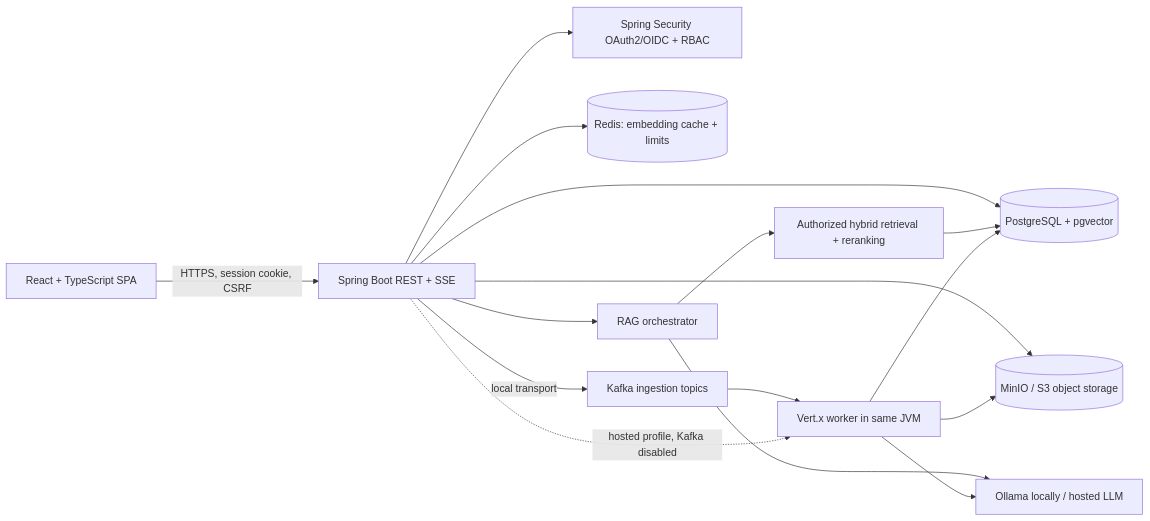
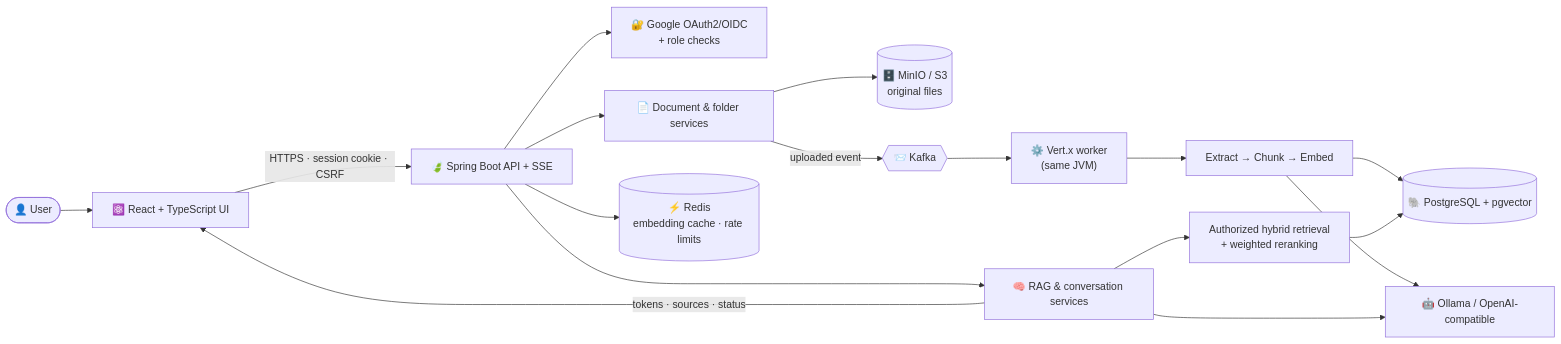
The first of 2 diagrams in README.md (shivammiyyy/Edify-Backend), drawn with Mermaid before and after one commit. The commit also changed other lines of this file, not shown here.

````diff
--- a/README.md
+++ b/README.md
@@ -104,18 +73,22 @@
 ```mermaid
 flowchart LR
-    Browser["React + TypeScript SPA"] -->|HTTPS, session cookie, CSRF| API["Spring Boot REST + SSE"]
-    API --> Auth["Spring Security OAuth2/OIDC + RBAC"]
-    API --> DB[("PostgreSQL + pgvector")]
-    API --> Redis[("Redis: embedding cache + limits")]
-    API --> Storage[("MinIO / S3 object storage")]
-    API --> RAG["RAG orchestrator"]
-    RAG --> Search["Authorized hybrid retrieval + reranking"]
+    User(["👤 User"]) --> UI["⚛️ React + TypeScript UI"]
+    UI -->|"HTTPS · session cookie · CSRF"| API["🍃 Spring Boot API + SSE"]
+
+    API --> Auth["🔐 Google OAuth2/OIDC<br/>+ role checks"]
+    API --> Docs["📄 Document & folder services"]
+    API --> RAG["🧠 RAG & conversation services"]
+    API --> Redis[("⚡ Redis<br/>embedding cache · rate limits")]
+
+    Docs --> Store[("🗄️ MinIO / S3<br/>original files")]
+    Docs -->|"uploaded event"| Kafka{{"📨 Kafka"}}
+    Kafka --> Worker["⚙️ Vert.x worker<br/>(same JVM)"]
+    Worker --> Parse["Extract → Chunk → Embed"]
+    Parse --> DB[("🐘 PostgreSQL + pgvector")]
+    Parse --> AI["🤖 Ollama / OpenAI-compatible"]
+
+    RAG --> Search["Authorized hybrid retrieval<br/>+ weighted reranking"]
     Search --> DB
-    RAG --> Model["Ollama locally / hosted LLM"]
-    API -->|local transport| Kafka["Kafka ingestion topics"]
-    Kafka --> Vertx["Vert.x worker in same JVM"]
-    API -. "hosted profile, Kafka disabled" .-> Vertx
-    Vertx --> Storage
-    Vertx --> DB
-    Vertx --> Model
+    RAG --> AI
+    RAG -->|"tokens · sources · status"| UI
 ```
````
